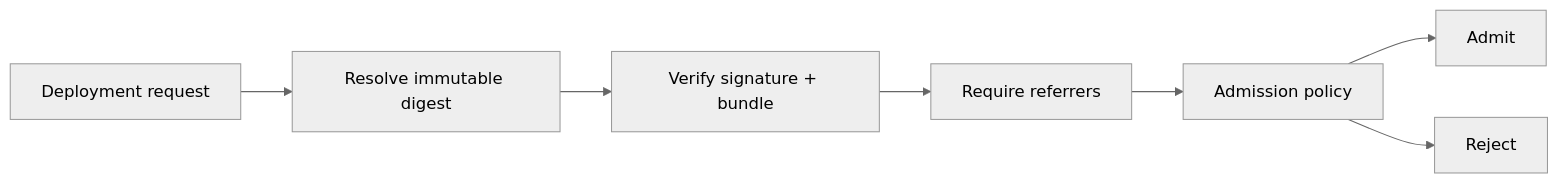
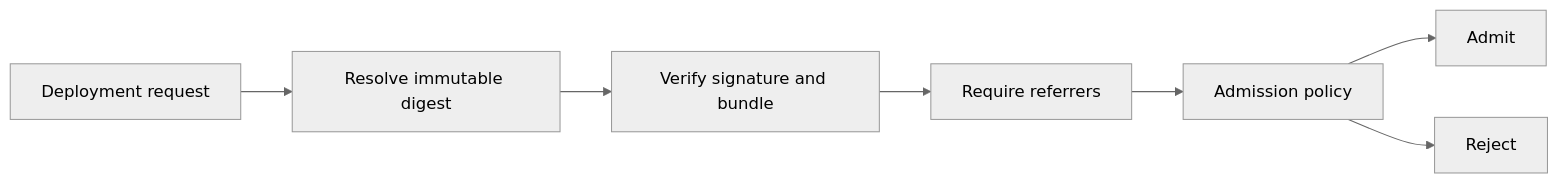
The third of 3 diagrams in docs/security/promotion-contract.md (bartytime4life/Kansas-Frontier-Matrix), drawn with Mermaid (neutral theme) before and after one commit. The commit also changed other lines of this file, not shown here.

````diff
--- a/docs/security/promotion-contract.md
+++ b/docs/security/promotion-contract.md
@@ -535,9 +629,9 @@
 ```mermaid
 flowchart LR
   DEPLOY[Deployment request] --> DIGEST[Resolve immutable digest]
-  DIGEST --> VERIFY[Verify signature + bundle]
+  DIGEST --> VERIFY[Verify signature and bundle]
   VERIFY --> ATT[Require referrers]
   ATT --> RULES[Admission policy]
   RULES --> OK[Admit]
   RULES --> NO[Reject]
 ```
````
